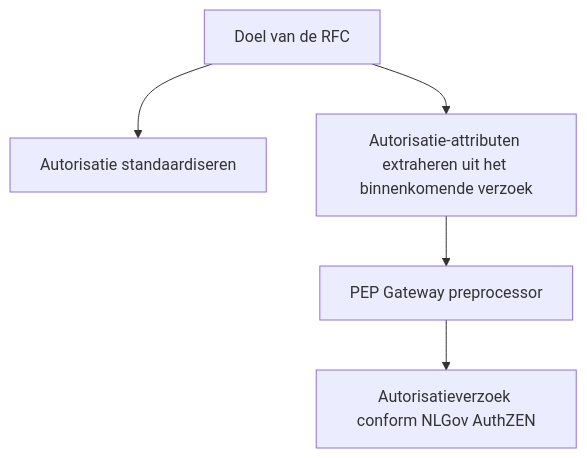
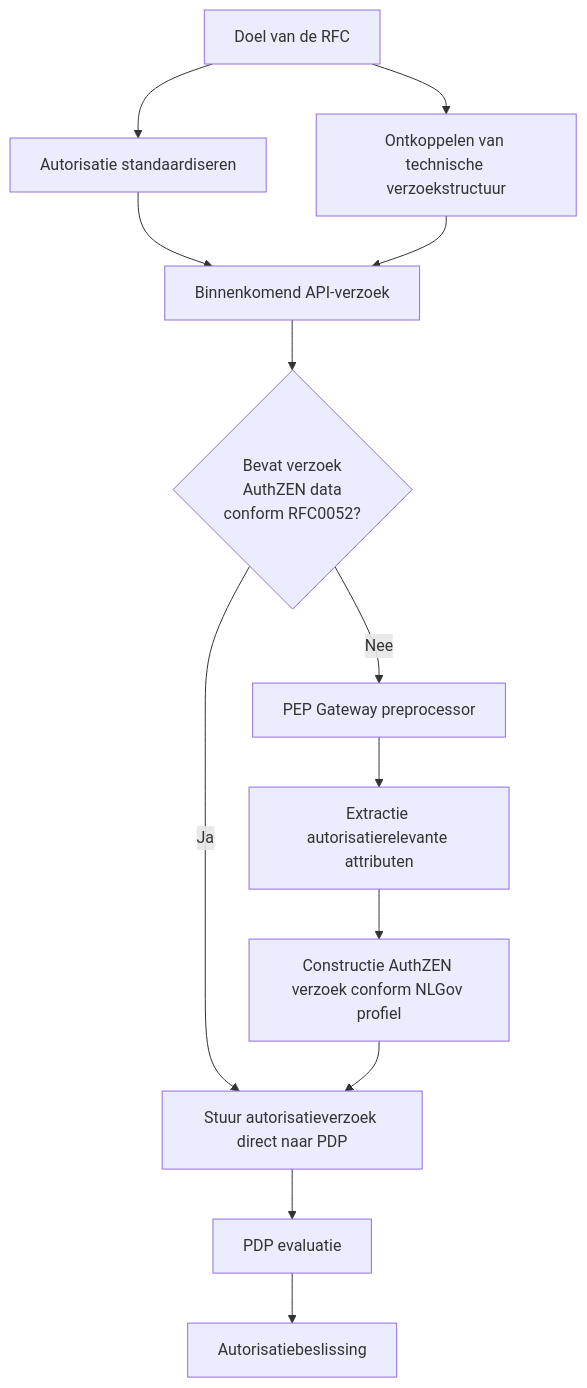
The first of 3 diagrams in RFC/RFC0052 - Autorisatie standaardisatie.md (iStandaarden/iWlz-RequestForComment), drawn with Mermaid before and after one commit. The commit also changed other lines of this file, not shown here.

````diff
--- a/RFC/RFC0052 - Autorisatie standaardisatie.md
+++ b/RFC/RFC0052 - Autorisatie standaardisatie.md
@@ -14,8 +14,20 @@
-```mermaid
+``` mermaid
 flowchart TD
     A[Doel van de RFC] --> B[Autorisatie standaardiseren]
-    A --> C[Autorisatie-attributen extraheren uit het binnenkomende verzoek]
+    A --> C[Ontkoppelen van technische verzoekstructuur]
 
-    C --> D[PEP Gateway preprocessor]
-    D --> G[Autorisatieverzoek conform NLGov AuthZEN]
+    B --> D[Binnenkomend API-verzoek]
+    C --> D
+
+    D --> E{Bevat verzoek<br/>AuthZEN data<br/>conform RFC0052?}
+
+    E -->|Ja| F[Stuur autorisatieverzoek direct naar PDP]
+
+    E -->|Nee| G[PEP Gateway preprocessor]
+    G --> H[Extractie autorisatierelevante attributen]
+    H --> I[Constructie AuthZEN verzoek conform NLGov profiel]
+    I --> F
+
+    F --> J[PDP evaluatie]
+    J --> K[Autorisatiebeslissing]
 ```
````
